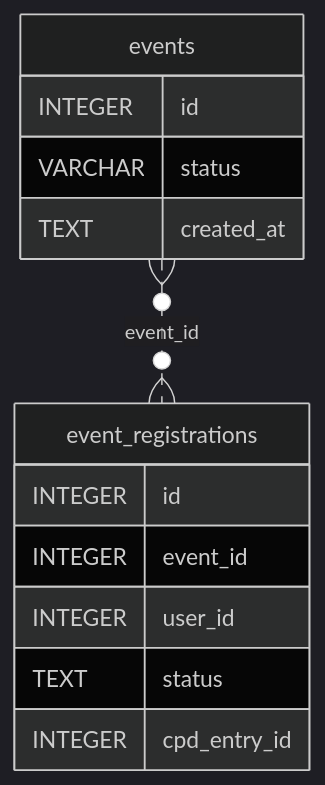
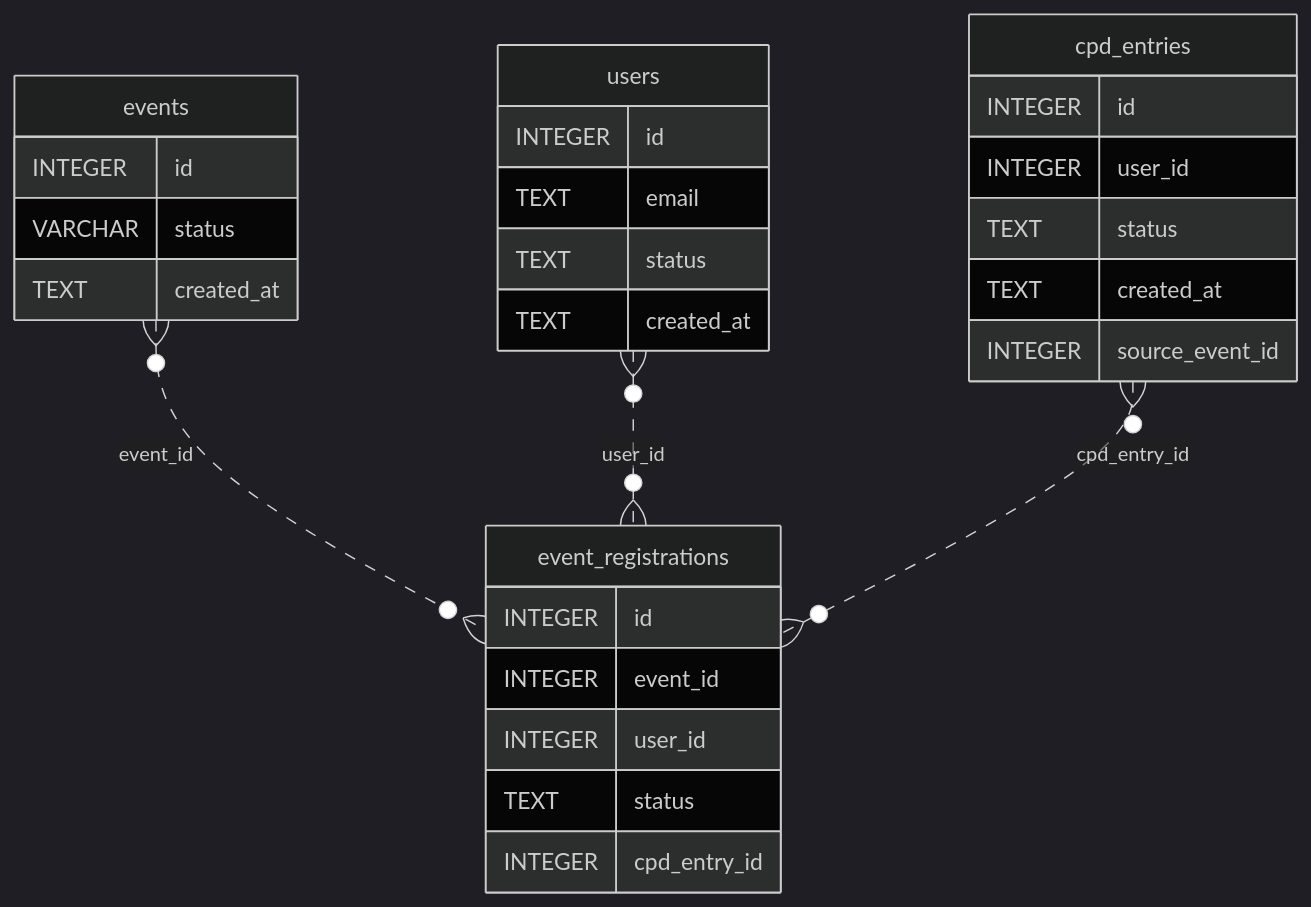
Before and after one commit to hariswahidkhan-star/PCI: diagram 16 of 17 in docs/PCI_DATABASE_ERD.md, drawn with Mermaid (dark theme). The commit also changed other lines of this file and 2 other files, not shown here.

````diff
--- a/docs/PCI_DATABASE_ERD.md
+++ b/docs/PCI_DATABASE_ERD.md
@@ -767,16 +1767,31 @@
 ```mermaid
 erDiagram
+    cpd_entries {
+        INTEGER id
+        INTEGER user_id
+        TEXT status
+        TEXT created_at
+        INTEGER source_event_id
+    }
     event_registrations {
         INTEGER id
         INTEGER event_id
         INTEGER user_id
         TEXT status
         INTEGER cpd_entry_id
     }
     events {
         INTEGER id
         VARCHAR status
         TEXT created_at
     }
+    users {
+        INTEGER id
+        TEXT email
+        TEXT status
+        TEXT created_at
+    }
     events }o..o{ event_registrations : "event_id"
+    users }o..o{ event_registrations : "user_id"
+    cpd_entries }o..o{ event_registrations : "cpd_entry_id"
 ```
````
